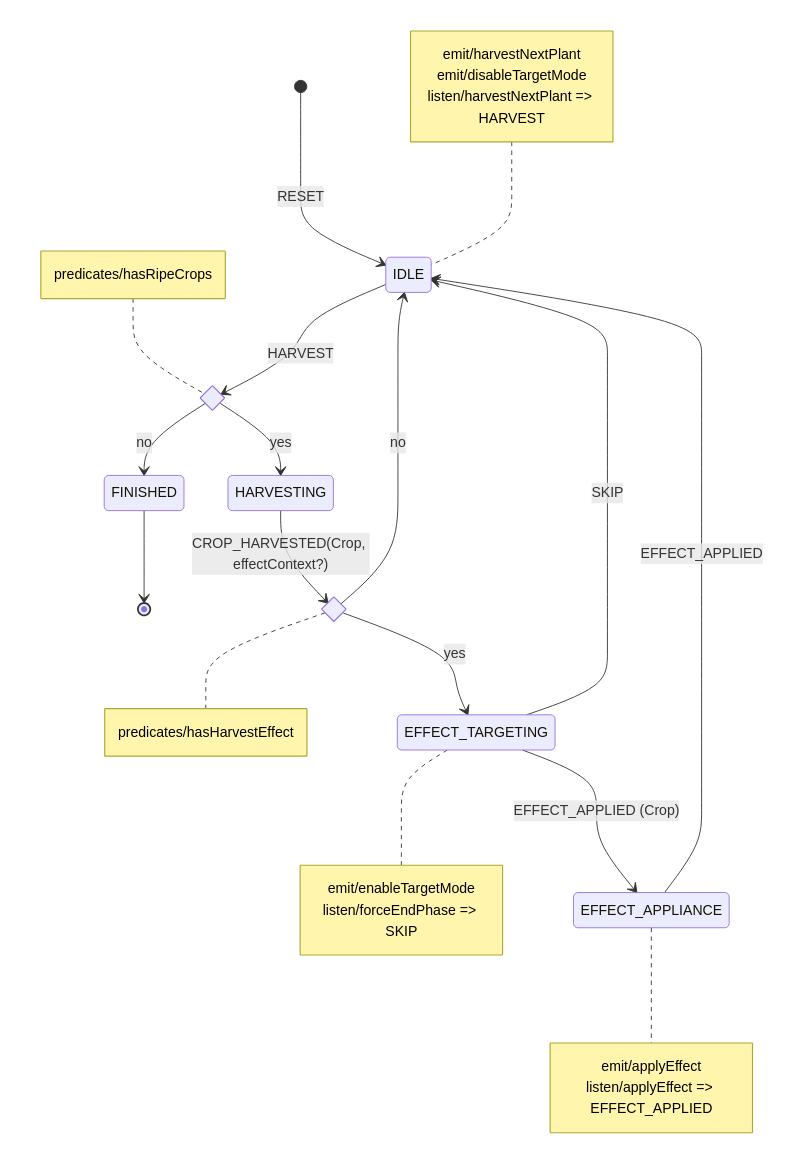
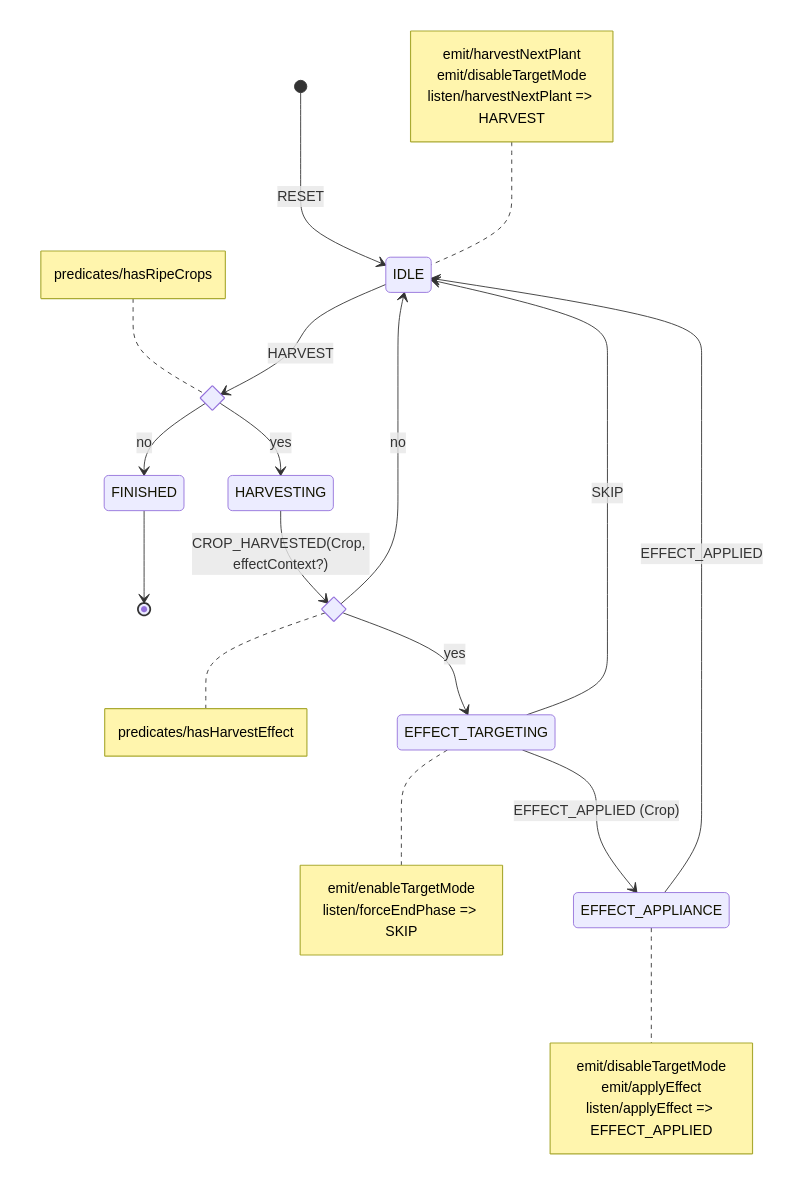
Before and after one commit to tfcp68/battle-farm: the fifth of 10 diagrams in docs/diagrams.md, drawn with Mermaid. The commit also changed other lines of this file and 10 other files, not shown here.

Commit message:
extend Fertilize state graph and update diagram

````diff
--- a/docs/diagrams.md
+++ b/docs/diagrams.md
@@ -163,35 +165,36 @@
 ```mermaid
 stateDiagram-v2
-[*]-->IDLE: RESET
-note left of IDLE
-emit/harvestNextPlant
-emit/disableTargetMode
-listen/harvestNextPlant => HARVEST
-end note
-state hasRipeCrops <<choice>>
-note left of hasRipeCrops
-predicates/hasRipeCrops
-end note
-IDLE-->hasRipeCrops: HARVEST
-hasRipeCrops-->FINISHED: no
-FINISHED-->[*]
-hasRipeCrops-->HARVESTING: yes
-state hasHarvestEffect <<choice>>
-note right of hasHarvestEffect   
-predicates/hasHarvestEffect
-end note
-HARVESTING-->hasHarvestEffect: CROP_HARVESTED(Crop, effectContext?)
-hasHarvestEffect-->IDLE: no
-hasHarvestEffect-->EFFECT_TARGETING: yes 
-note right of EFFECT_TARGETING
-emit/enableTargetMode
-listen/forceEndPhase => SKIP
-end note
-EFFECT_TARGETING-->EFFECT_APPLIANCE: EFFECT_APPLIED (Crop)
-note right of EFFECT_APPLIANCE
-emit/applyEffect
-listen/applyEffect => EFFECT_APPLIED
-end note
-EFFECT_APPLIANCE-->IDLE: EFFECT_APPLIED
-EFFECT_TARGETING-->IDLE: SKIP
+    [*] --> IDLE: RESET
+    note left of IDLE
+        emit/harvestNextPlant
+        emit/disableTargetMode
+        listen/harvestNextPlant => HARVEST
+    end note
+    state hasRipeCrops <<choice>>
+    note left of hasRipeCrops
+        predicates/hasRipeCrops
+    end note
+    IDLE --> hasRipeCrops: HARVEST
+    hasRipeCrops --> FINISHED: no
+    FINISHED --> [*]
+    hasRipeCrops --> HARVESTING: yes
+    state hasHarvestEffect <<choice>>
+    note right of hasHarvestEffect
+        predicates/hasHarvestEffect
+    end note
+    HARVESTING --> hasHarvestEffect: CROP_HARVESTED(Crop, effectContext?)
+    hasHarvestEffect --> IDLE: no
+    hasHarvestEffect --> EFFECT_TARGETING: yes
+    note right of EFFECT_TARGETING
+        emit/enableTargetMode
+        listen/forceEndPhase => SKIP
+    end note
+    EFFECT_TARGETING --> EFFECT_APPLIANCE: EFFECT_APPLIED (Crop)
+    note right of EFFECT_APPLIANCE
+        emit/disableTargetMode
+        emit/applyEffect
+        listen/applyEffect => EFFECT_APPLIED
+    end note
+    EFFECT_APPLIANCE --> IDLE: EFFECT_APPLIED
+    EFFECT_TARGETING --> IDLE: SKIP
 ```
````
